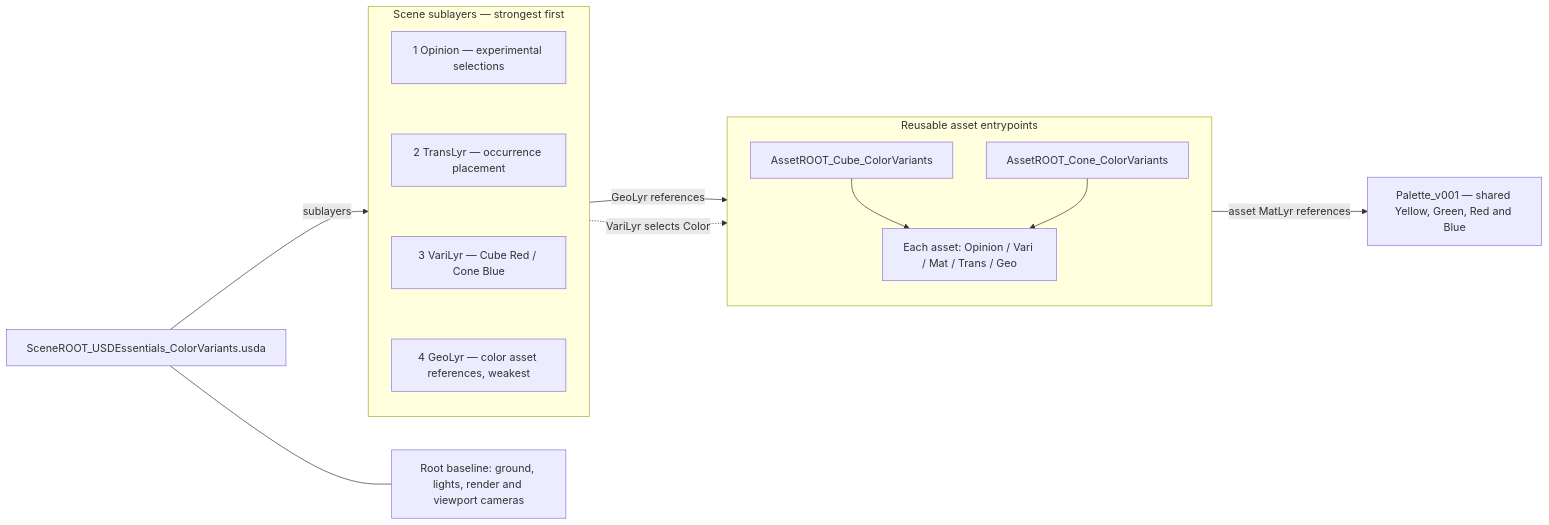
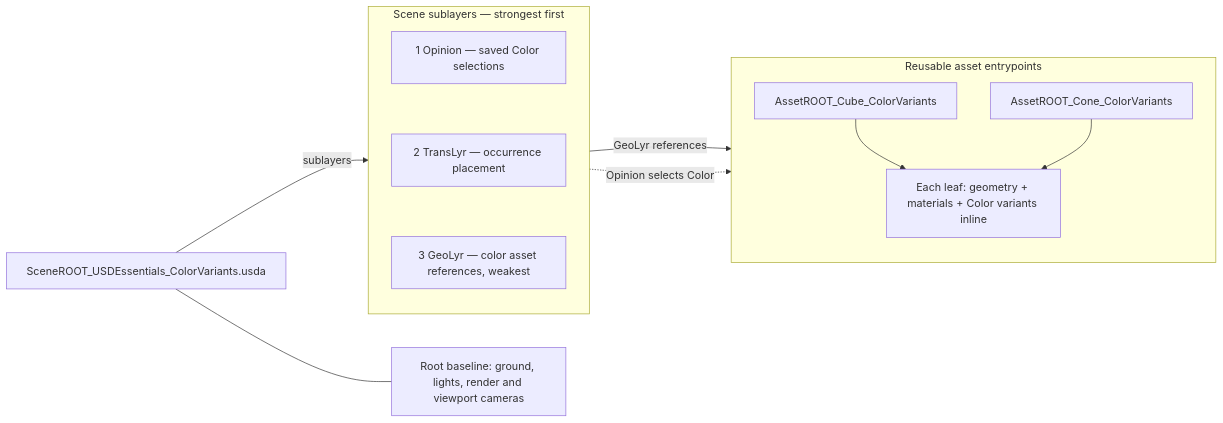
Before and after one commit to jph2/OpenUSD_GoodStart_CompositionContract: the diagram in examples/02_USDEssentials_Minimal/README_ColorVariants.md, drawn with Mermaid. The commit also changed other lines of this file and 221 other files, not shown here.

Commit message:
Simplify composition examples and document motion graphics controls

````diff
--- a/examples/02_USDEssentials_Minimal/README_ColorVariants.md
+++ b/examples/02_USDEssentials_Minimal/README_ColorVariants.md
@@ -16,29 +29,25 @@
 ```mermaid
 flowchart LR
     R["SceneROOT_USDEssentials_ColorVariants.usda"]
     subgraph STACK["Scene sublayers — strongest first"]
         direction TB
-        O["1 Opinion — experimental selections"]
+        O["1 Opinion — saved Color selections"]
         T["2 TransLyr — occurrence placement"]
-        V["3 VariLyr — Cube Red / Cone Blue"]
-        G["4 GeoLyr — color asset references, weakest"]
+        G["3 GeoLyr — color asset references, weakest"]
         O ~~~ T
-        T ~~~ V
-        V ~~~ G
+        T ~~~ G
     end
     subgraph ASSETS["Reusable asset entrypoints"]
         direction TB
         C["AssetROOT_Cube_ColorVariants"]
         N["AssetROOT_Cone_ColorVariants"]
-        ROLES["Each asset: Opinion / Vari / Mat / Trans / Geo"]
+        ROLES["Each leaf: geometry + materials + Color variants inline"]
         C --> ROLES
         N --> ROLES
     end
-    P["Palette_v001 — shared Yellow, Green, Red and Blue"]
     B["Root baseline: ground, lights, render and viewport cameras"]
     R --- B
     R -->|sublayers| STACK
     STACK -->|GeoLyr references| ASSETS
-    STACK -.->|VariLyr selects Color| ASSETS
-    ASSETS -->|asset MatLyr references| P
+    STACK -.->|Opinion selects Color| ASSETS
 ```
````
